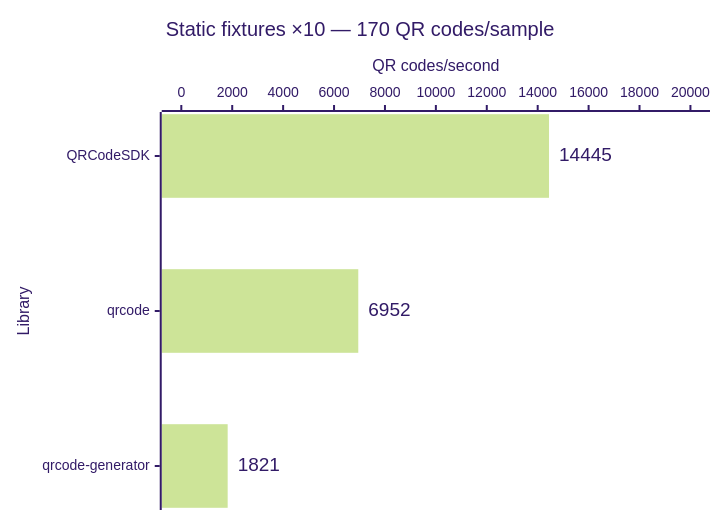
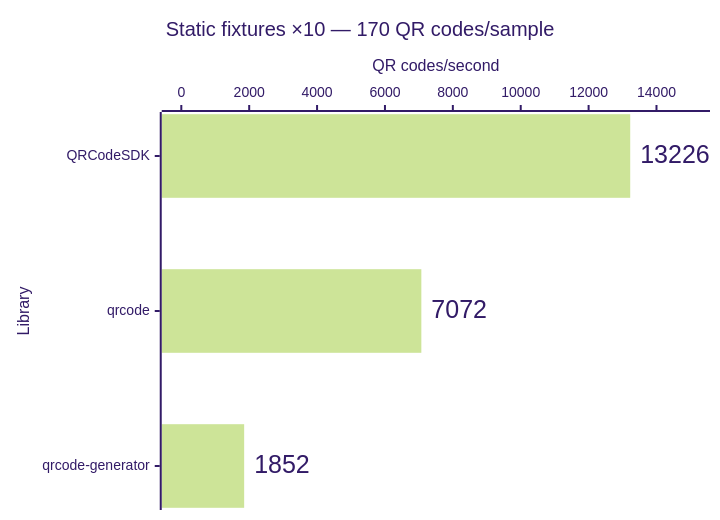
The second of 14 diagrams in apps/docs/src/content/docs/learn/performance.md (Dafnik/qrcodesdk), drawn with Mermaid (forest theme) before and after one commit. The commit also changed other lines of this file and 75 other files, not shown here.

````diff
--- a/apps/docs/src/content/docs/learn/performance.md
+++ b/apps/docs/src/content/docs/learn/performance.md
@@ -45,15 +45,15 @@
 ```mermaid
 ---
 config:
   xyChart:
     showDataLabel: true
     showDataLabelOutsideBar: true
 ---
 xychart horizontal
   accTitle: Matrix generation: Static fixtures ×10 — 170 QR codes/sample
-  accDescr: Throughput calculated from median time. QRCodeSDK 14,445 QR codes per second, qrcode 6,952 QR codes per second, qrcode-generator 1,821 QR codes per second. Higher is better.
+  accDescr: Throughput calculated from median time. QRCodeSDK 13,226 QR codes per second, qrcode 7,072 QR codes per second, qrcode-generator 1,852 QR codes per second. Higher is better.
   title "Static fixtures ×10 — 170 QR codes/sample"
   x-axis "Library" ["QRCodeSDK", "qrcode", "qrcode-generator"]
-  y-axis "QR codes/second" 0 --> 20000
-  bar [14445, 6952, 1821]
+  y-axis "QR codes/second" 0 --> 15000
+  bar [13226, 7072, 1852]
 ```
````
